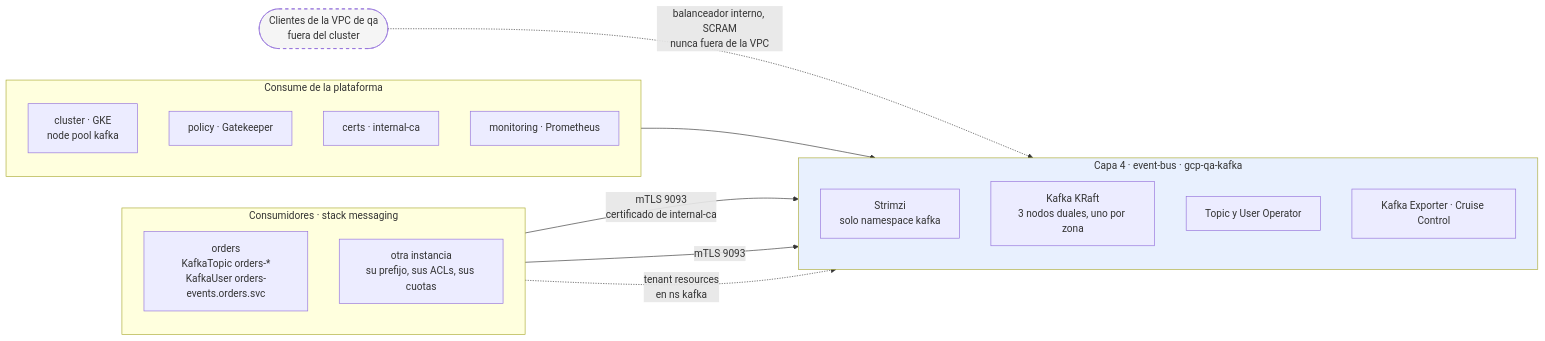
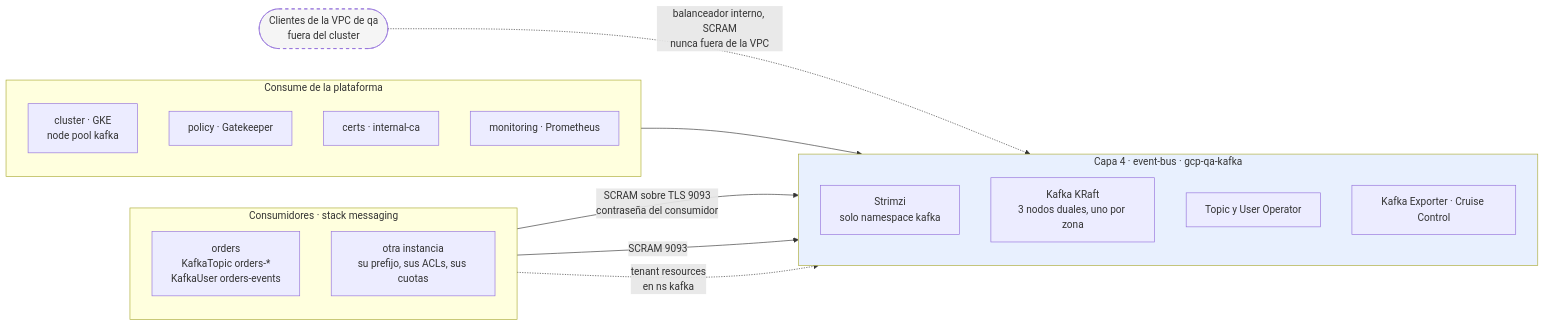
Before and after one commit to aescanero/proposal_documents: the diagram in docs/es/proposals/kafka-qa/diagrams/01-contexto.mmd, drawn with Mermaid. The commit also changed 27 other files, not shown here.

First line of the commit message:
Move Kafka clients to SCRAM; add the private qa.internal zone and names (en and es)

```diff
--- a/docs/es/proposals/kafka-qa/diagrams/01-contexto.mmd
+++ b/docs/es/proposals/kafka-qa/diagrams/01-contexto.mmd
@@ -1,33 +1,33 @@
 flowchart LR
     subgraph PLAT["Consume de la plataforma"]
         direction TB
         CL["cluster · GKE<br/>node pool kafka"]
         PO["policy · Gatekeeper"]
         CE["certs · internal-ca"]
         MO["monitoring · Prometheus"]
     end
 
     subgraph L4["Capa 4 · event-bus · gcp-qa-kafka"]
         direction TB
         OP["Strimzi<br/>solo namespace kafka"]
         KC["Kafka KRaft<br/>3 nodos duales, uno por zona"]
         EO["Topic y User Operator"]
         EX["Kafka Exporter · Cruise Control"]
     end
 
     subgraph CONS["Consumidores · stack messaging"]
         direction TB
-        A["orders<br/>KafkaTopic orders-*<br/>KafkaUser orders-events.orders.svc"]
+        A["orders<br/>KafkaTopic orders-*<br/>KafkaUser orders-events"]
         B["otra instancia<br/>su prefijo, sus ACLs, sus cuotas"]
     end
 
     EXT(["Clientes de la VPC de qa<br/>fuera del cluster"])
 
     PLAT --> L4
-    A -->|"mTLS 9093<br/>certificado de internal-ca"| KC
-    B -->|"mTLS 9093"| KC
+    A -->|"SCRAM sobre TLS 9093<br/>contraseña del consumidor"| KC
+    B -->|"SCRAM 9093"| KC
     A -. "tenant resources<br/>en ns kafka" .-> EO
     EXT -. "balanceador interno, SCRAM<br/>nunca fuera de la VPC" .-> KC
 
     style L4 fill:#e8f0fe
     style EXT fill:#f5f5f5,stroke-dasharray: 5 5
```
